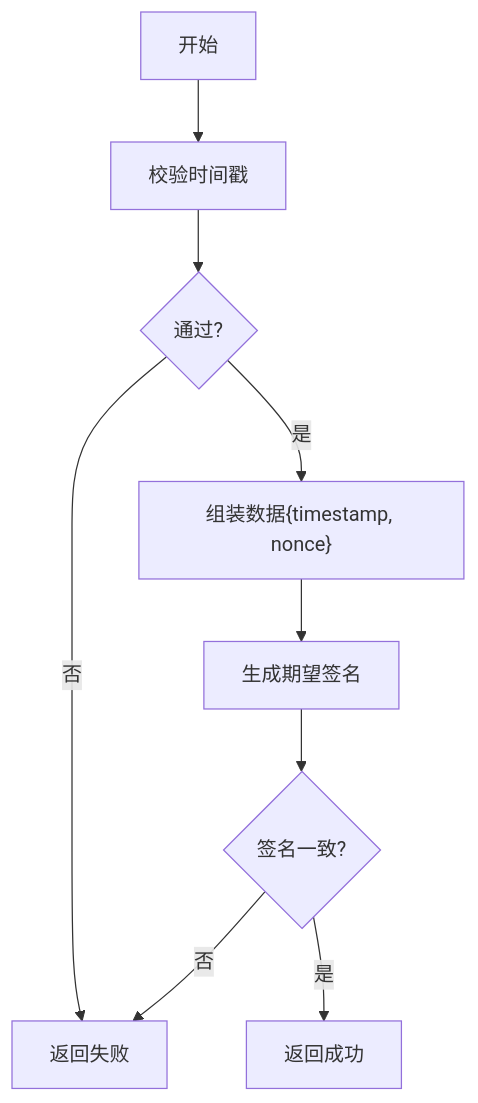
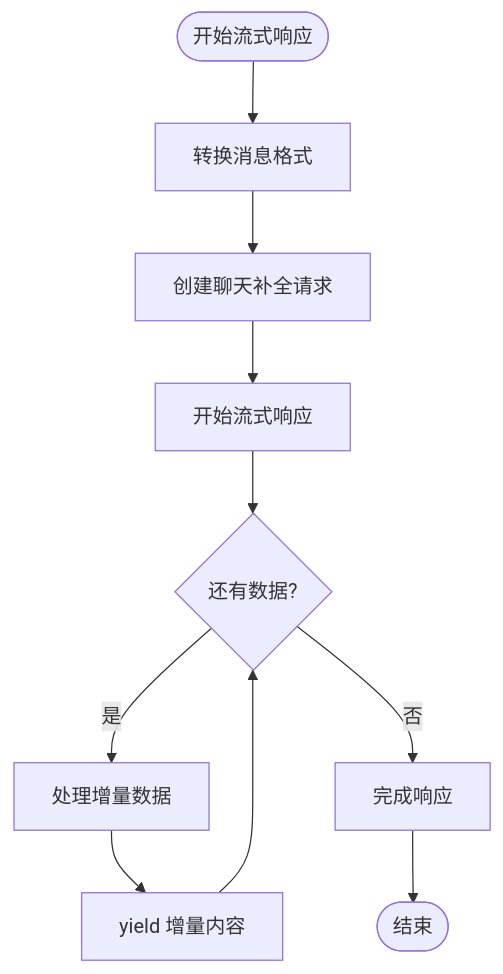
One commit to lilinzezzzzzz/fastapi-backend changed the sixth of 7 diagrams in .qoder/repowiki/zh/content/基础设施工具/通用工具包.md. Above: the diagram before and after it, drawn with Mermaid. The commit also changed other lines of this file and 38 other files, not shown here.

````diff
--- a/.qoder/repowiki/zh/content/基础设施工具/通用工具包.md
+++ b/.qoder/repowiki/zh/content/基础设施工具/通用工具包.md
@@ -350,11 +323,12 @@
 ```mermaid
 flowchart TD
-Start["开始"] --> TS["校验时间戳"]
-TS --> TSOK{"通过?"}
-TSOK --> |否| Fail["返回失败"]
-TSOK --> |是| Build["组装数据{timestamp, nonce}"]
-Build --> Sig["生成期望签名"]
-Sig --> Compare{"签名一致?"}
-Compare --> |否| Fail
-Compare --> |是| OK["返回成功"]
+Start(["开始流式响应"]) --> Convert["转换消息格式"]
+Convert --> Create["创建聊天补全请求"]
+Create --> Stream["开始流式响应"]
+Stream --> Loop{"还有数据?"}
+Loop --> |是| Process["处理增量数据"]
+Process --> Yield["yield 增量内容"]
+Yield --> Loop
+Loop --> |否| Complete["完成响应"]
+Complete --> End(["结束"])
 ```
````
